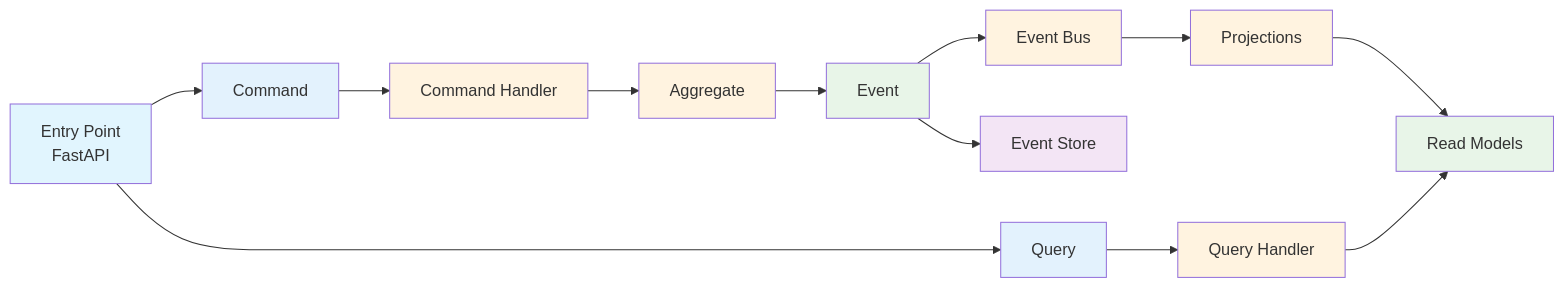
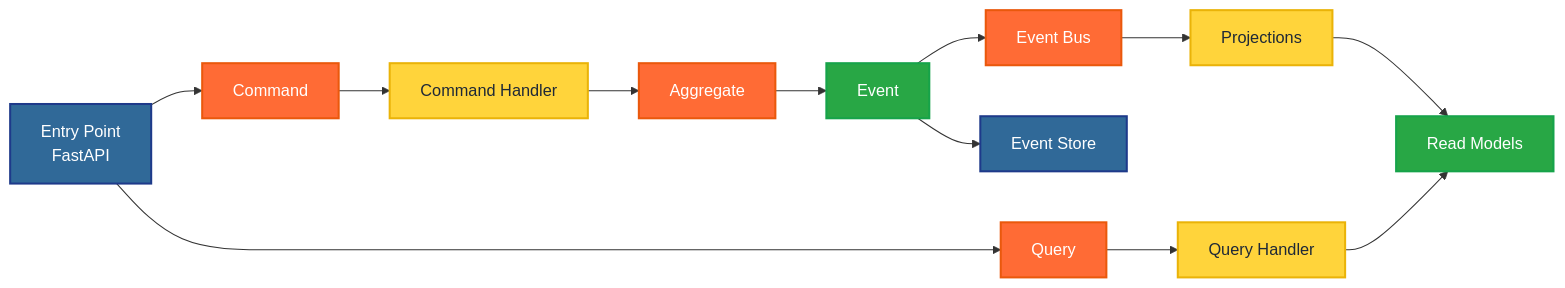
Before and after one commit to anmarkoulis/event-sourcing: the diagram in docs/presentation/diagrams/source/event-sourcing-flow.mmd, drawn with Mermaid. The commit also changed 4 other files, not shown here.

```diff
--- a/docs/presentation/diagrams/source/event-sourcing-flow.mmd
+++ b/docs/presentation/diagrams/source/event-sourcing-flow.mmd
@@ -1,26 +1,26 @@
 graph LR
     A[Entry Point<br/>FastAPI] --> B[Command]
     A --> J[Query]
 
     B --> C[Command Handler]
     C --> D[Aggregate]
     D --> E[Event]
     E --> F[Event Store]
     E --> G[Event Bus]
     G --> I[Projections]
     I --> K[Read Models]
 
     J --> L[Query Handler]
     L --> K
 
-    style A fill:#e1f5fe
-    style B fill:#e3f2fd
-    style C fill:#fff3e0
-    style D fill:#fff3e0
-    style E fill:#e8f5e8
-    style F fill:#f3e5f5
-    style G fill:#fff3e0
-    style I fill:#fff3e0
-    style J fill:#e3f2fd
-    style K fill:#e8f5e8
-    style L fill:#fff3e0
+    style A fill:#306998,stroke:#1e3a8a,stroke-width:2px,color:#ffffff
+    style B fill:#FF6B35,stroke:#ea580c,stroke-width:2px,color:#ffffff
+    style C fill:#FFD43B,stroke:#eab308,stroke-width:2px,color:#1f2937
+    style D fill:#FF6B35,stroke:#ea580c,stroke-width:2px,color:#ffffff
+    style E fill:#28A745,stroke:#16a34a,stroke-width:2px,color:#ffffff
+    style F fill:#306998,stroke:#1e3a8a,stroke-width:2px,color:#ffffff
+    style G fill:#FF6B35,stroke:#ea580c,stroke-width:2px,color:#ffffff
+    style I fill:#FFD43B,stroke:#eab308,stroke-width:2px,color:#1f2937
+    style J fill:#FF6B35,stroke:#ea580c,stroke-width:2px,color:#ffffff
+    style K fill:#28A745,stroke:#16a34a,stroke-width:2px,color:#ffffff
+    style L fill:#FFD43B,stroke:#eab308,stroke-width:2px,color:#1f2937
```
